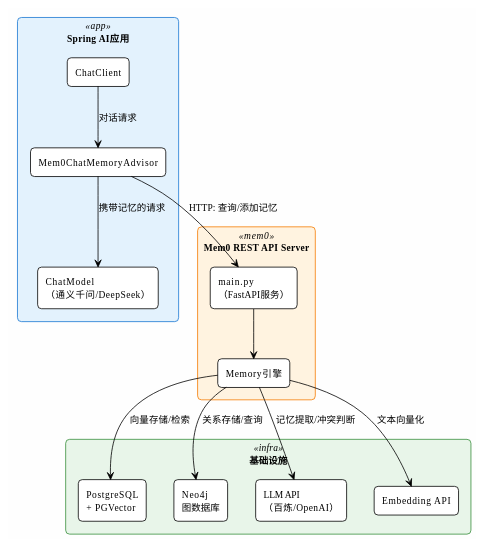
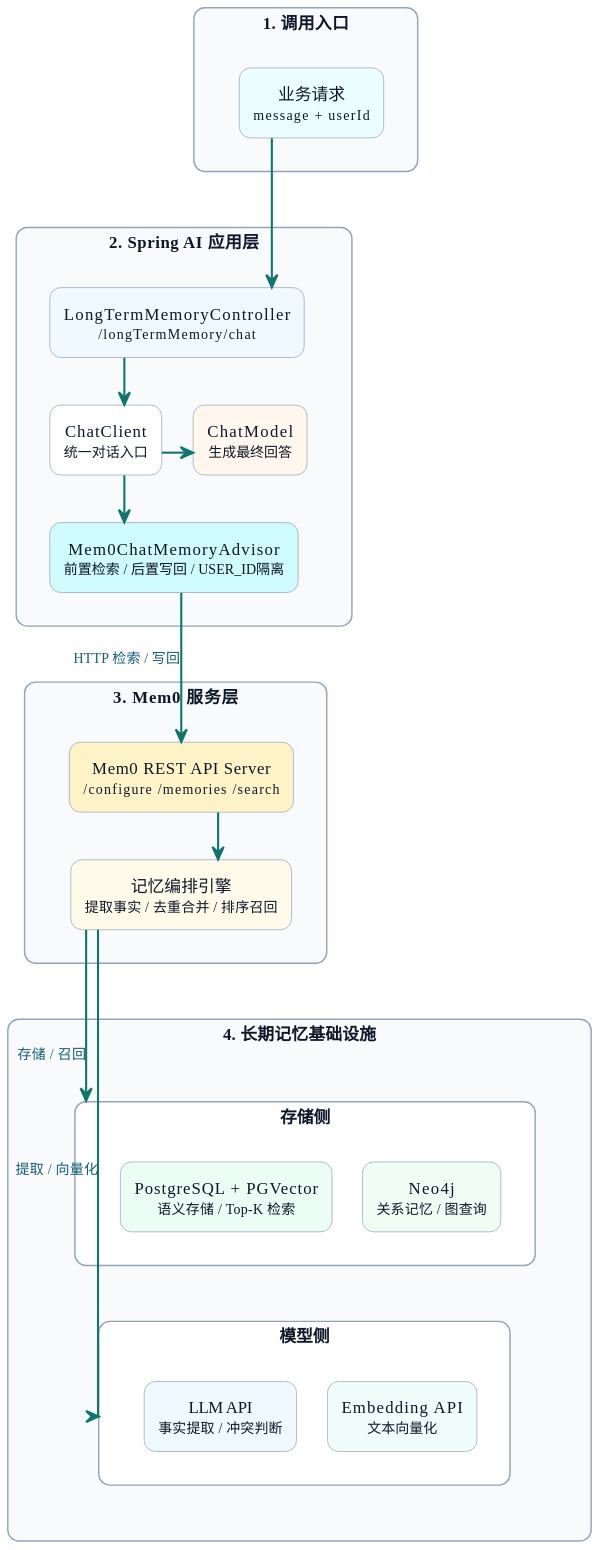
The first of 2 diagrams in docs/55-超级智能体/35-会话记忆的详细设计/05-Spring AI集成Mem0长期记忆实战.md (shining-stars-l/javaup), drawn with PlantUML before and after one commit. The commit also changed 2 other files, not shown here.

Commit message:
添加会话记忆的讲解内容

````diff
--- a/docs/55-超级智能体/35-会话记忆的详细设计/05-Spring AI集成Mem0长期记忆实战.md
+++ b/docs/55-超级智能体/35-会话记忆的详细设计/05-Spring AI集成Mem0长期记忆实战.md
@@ -19,46 +19,86 @@
 ```plantuml title="Spring AI + Mem0集成架构" width="100%" align="left"
 @startuml
-!theme plain
-skinparam backgroundColor #FEFEFE
-skinparam roundcorner 10
+top to bottom direction
+skinparam backgroundColor transparent
+skinparam shadowing false
+skinparam roundcorner 16
 skinparam defaultFontName "Microsoft YaHei"
 skinparam defaultFontSize 12
+skinparam defaultTextAlignment center
+skinparam linetype ortho
+skinparam nodesep 22
+skinparam ranksep 34
+skinparam dpi 170
+skinparam packageStyle rectangle
+skinparam ArrowColor #0F766E
+skinparam ArrowThickness 1.5
+skinparam ArrowFontColor #155E75
+skinparam ArrowFontSize 10
+
+skinparam package {
+  BorderColor #CBD5E1
+  BackgroundColor #F8FAFC
+  FontColor #164E63
+  FontStyle bold
+  FontSize 13
+}
 
 skinparam rectangle {
-  BackgroundColor<<app>> #E3F2FD
-  BorderColor<<app>> #1976D2
-  BackgroundColor<<mem0>> #FFF3E0
-  BorderColor<<mem0>> #F57C00
-  BackgroundColor<<infra>> #E8F5E9
-  BorderColor<<infra>> #388E3C
+  BorderColor #94A3B8
+  BackgroundColor #FFFFFF
+  FontColor #0F172A
+  FontSize 12
 }
 
-rectangle "Spring AI应用" <<app>> {
-  rectangle "ChatClient" as CC
-  rectangle "Mem0ChatMemoryAdvisor" as ADV
-  rectangle "ChatModel\n（通义千问/DeepSeek）" as CM
+package "1. 调用入口" as L0 #F8FAFC {
+  rectangle "业务请求\n<size:10>message + userId</size>" as USER #ECFEFF
 }
 
-rectangle "Mem0 REST API Server" <<mem0>> {
-  rectangle "main.py\n（FastAPI服务）" as API
-  rectangle "Memory引擎" as ENGINE
+package "2. Spring AI 应用层" as L1 #F8FAFC {
+  rectangle "LongTermMemoryController\n<size:10>/longTermMemory/chat</size>" as CTRL #F0F9FF
+  rectangle "ChatClient\n<size:10>统一对话入口</size>" as CC #FFFFFF
+  rectangle "Mem0ChatMemoryAdvisor\n<size:10>前置检索 / 后置写回 / USER_ID隔离</size>" as ADV #CFFAFE
+  rectangle "ChatModel\n<size:10>生成最终回答</size>" as CM #FFF7ED
+
+  CTRL -[hidden]down-> CC
+  CC -[hidden]down-> ADV
+  CC -[hidden]right-> CM
 }
 
-rectangle "基础设施" <<infra>> {
-  rectangle "PostgreSQL\n+ PGVector" as PG
-  rectangle "Neo4j\n图数据库" as NEO
-  rectangle "LLM API\n（百炼/OpenAI）" as LLM
-  rectangle "Embedding API" as EMB
+package "3. Mem0 服务层" as L2 #F8FAFC {
+  rectangle "Mem0 REST API Server\n<size:10>/configure /memories /search</size>" as API #FEF3C7
+  rectangle "记忆编排引擎\n<size:10>提取事实 / 去重合并 / 排序召回</size>" as ENGINE #FFFBEB
+
+  API -[hidden]down-> ENGINE
 }
 
-CC --> ADV : 对话请求
-ADV --> API : HTTP: 查询/添加记忆
-ADV --> CM : 携带记忆的请求
-API --> ENGINE
-ENGINE --> PG : 向量存储/检索
-ENGINE --> NEO : 关系存储/查询
-ENGINE --> LLM : 记忆提取/冲突判断
-ENGINE --> EMB : 文本向量化
+package "4. 长期记忆基础设施" as L3 #F8FAFC {
+  package "存储侧" as STORE #FFFFFF {
+    rectangle "PostgreSQL + PGVector\n<size:10>语义存储 / Top-K 检索</size>" as PG #ECFDF5
+    rectangle "Neo4j\n<size:10>关系记忆 / 图查询</size>" as NEO #F0FDF4
+    PG -[hidden]right-> NEO
+  }
 
+  package "模型侧" as MODEL #FFFFFF {
+    rectangle "LLM API\n<size:10>事实提取 / 冲突判断</size>" as LLM #F0F9FF
+    rectangle "Embedding API\n<size:10>文本向量化</size>" as EMB #F0FDFA
+    LLM -[hidden]right-> EMB
+  }
+
+  STORE -[hidden]down-> MODEL
+}
+
+L0 -[hidden]down-> L1
+L1 -[hidden]down-> L2
+L2 -[hidden]down-> L3
+
+USER -down-> CTRL
+CTRL -down-> CC
+CC -down-> ADV
+CC -right-> CM
+ADV -down-> API : HTTP 检索 / 写回
+API -down-> ENGINE
+ENGINE -down-> STORE : 存储 / 召回
+ENGINE -down-> MODEL : 提取 / 向量化
 @enduml
 ```
````
